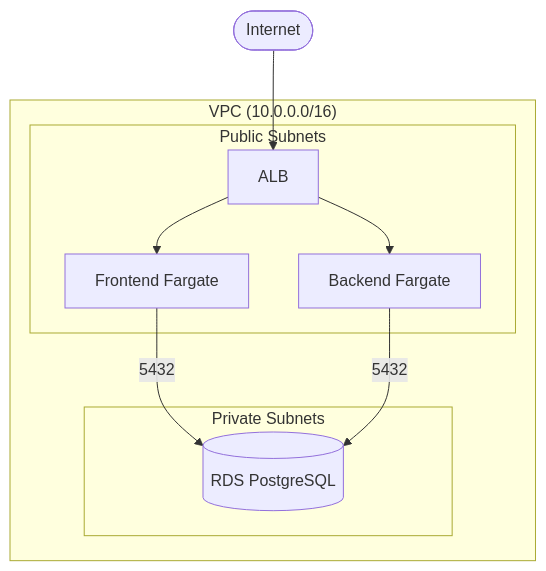
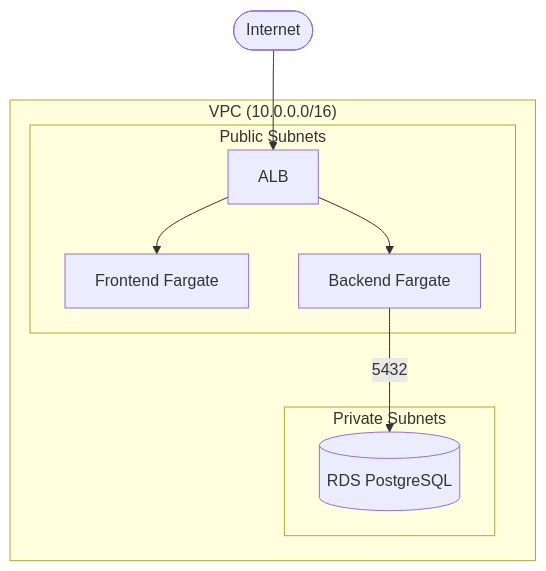
The second of 2 diagrams in docs/architecture/overview.md (jun-eg/credit-checker), drawn with Mermaid before and after one commit. The commit also changed 3 other files, not shown here.

````diff
--- a/docs/architecture/overview.md
+++ b/docs/architecture/overview.md
@@ -73,18 +73,17 @@
 ```mermaid
 graph TB
     subgraph VPC["VPC (10.0.0.0/16)"]
         subgraph Public["Public Subnets"]
             ALB2[ALB]
             FE2[Frontend Fargate]
             BE2[Backend Fargate]
         end
         subgraph Private["Private Subnets"]
             RDS2[(RDS PostgreSQL)]
         end
     end
     Internet([Internet]) --> ALB2
     ALB2 --> FE2
     ALB2 --> BE2
-    FE2 -->|5432| RDS2
     BE2 -->|5432| RDS2
 ```
````
